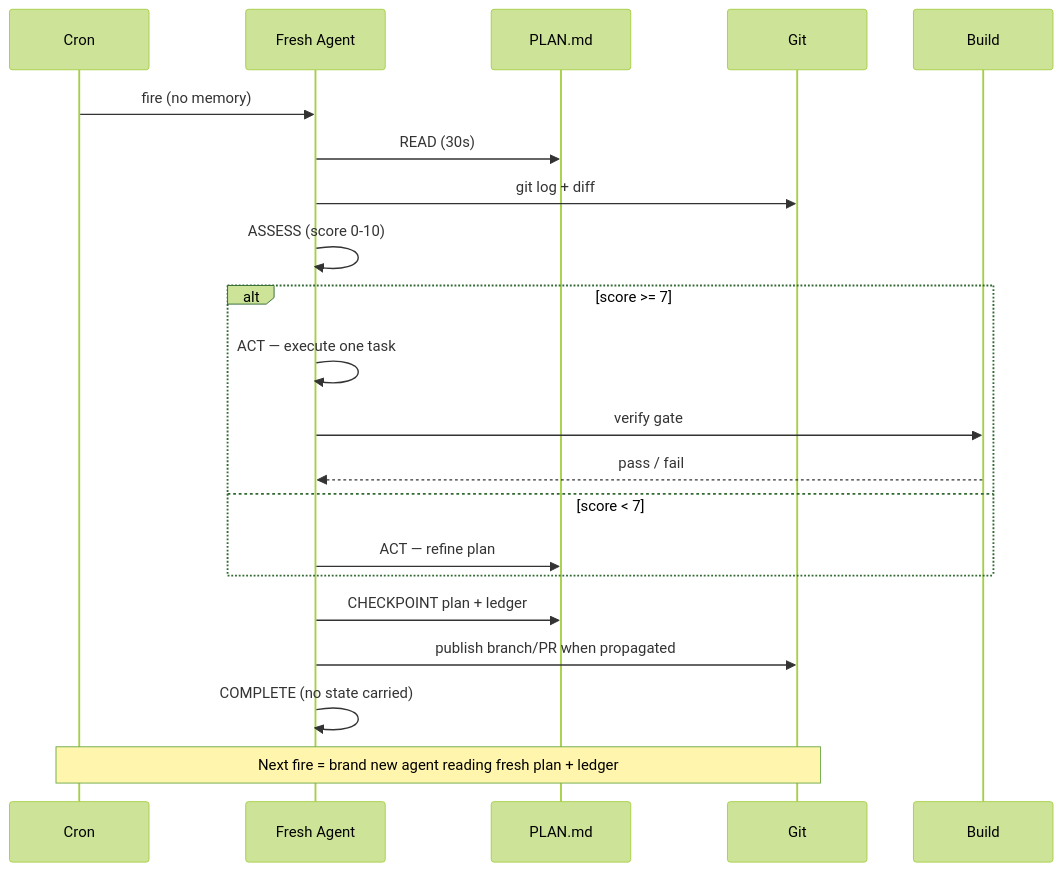
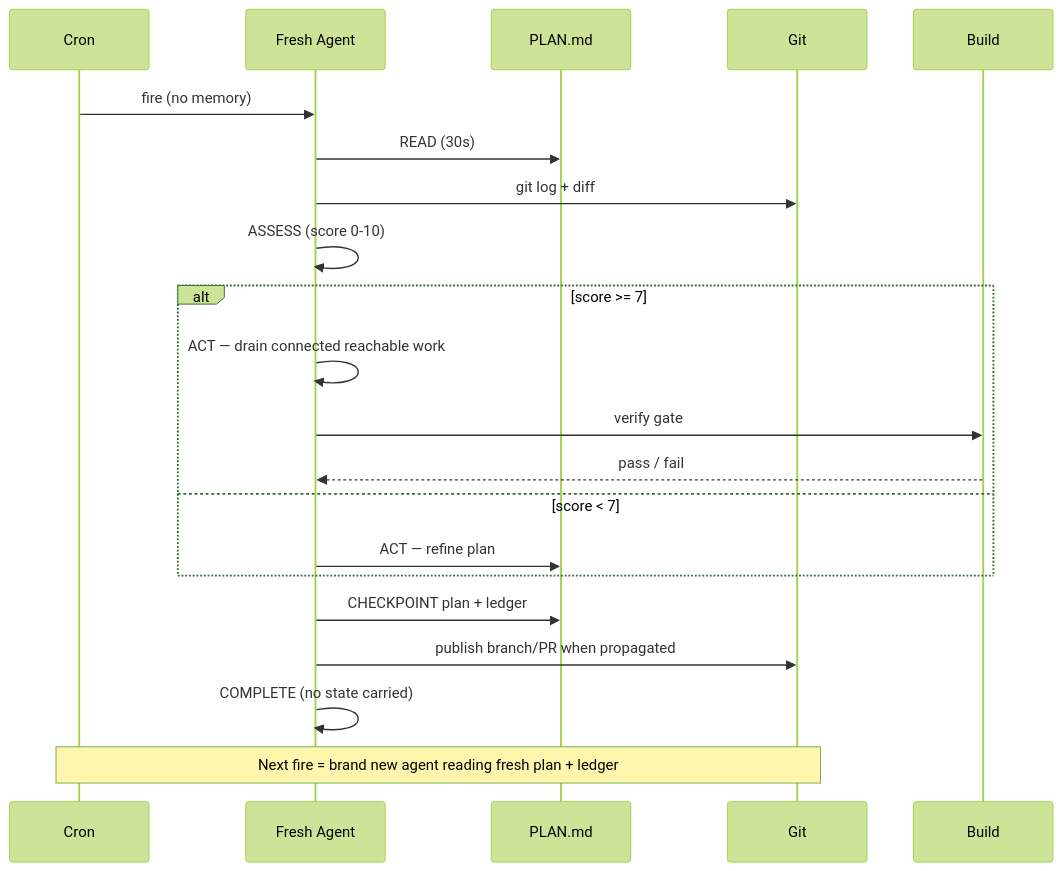
Before and after one commit to firstbitelabsllc/vidux: the diagram in docs/reference/loop.md, drawn with Mermaid (forest theme). The commit also changed other lines of this file and 4 other files, not shown here.

First line of the commit message:
docs: resolve one-task-vs-drain drift, restore VERIFY in loop example

````diff
--- a/docs/reference/loop.md
+++ b/docs/reference/loop.md
@@ -13,24 +13,24 @@
 ```mermaid
 sequenceDiagram
     participant Cron
     participant Agent as Fresh Agent
     participant Plan as PLAN.md
     participant Git
     participant Build
 
     Cron->>Agent: fire (no memory)
     Agent->>Plan: READ (30s)
     Agent->>Git: git log + diff
     Agent->>Agent: ASSESS (score 0-10)
     alt score >= 7
-        Agent->>Agent: ACT — execute one task
+        Agent->>Agent: ACT — drain connected reachable work
         Agent->>Build: verify gate
         Build-->>Agent: pass / fail
     else score < 7
         Agent->>Plan: ACT — refine plan
     end
     Agent->>Plan: CHECKPOINT plan + ledger
     Agent->>Git: publish branch/PR when propagated
     Agent->>Agent: COMPLETE (no state carried)
     Note over Cron,Git: Next fire = brand new agent reading fresh plan + ledger
 ```
````
